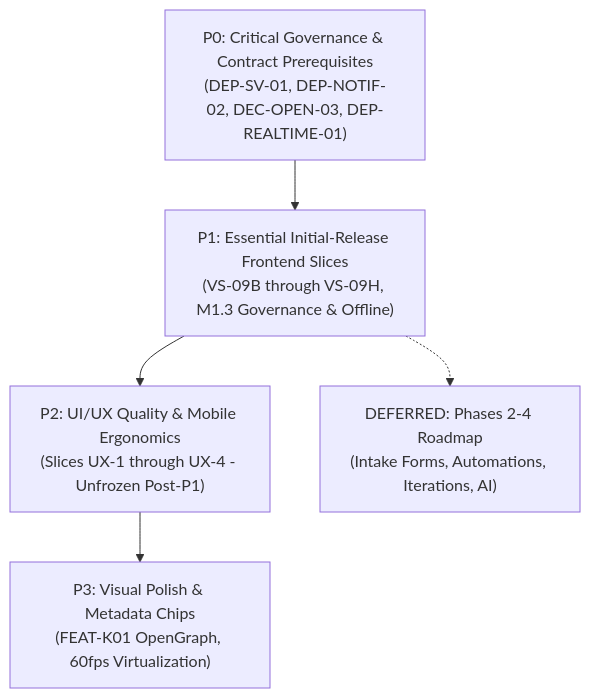
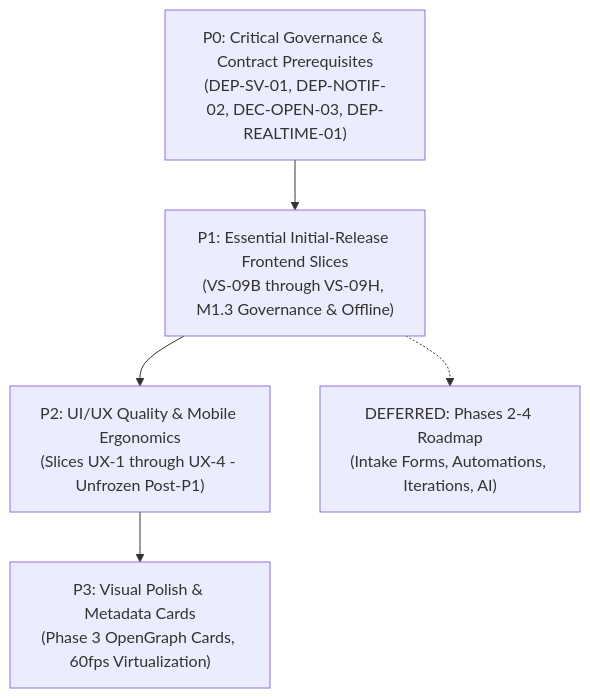
Before and after one commit to Samudra-Bose/sonder: the fifth of 5 diagrams in docs/04-implementation/sonder-overall-delivery-tracker.md, drawn with Mermaid. The commit also changed other lines of this file and 2 other files, not shown here.

First line of the commit message:
docs(governance): reconcile OpenGraph roadmap references and backend handoff consistency (FE-VS13.2.1)

````diff
--- a/docs/04-implementation/sonder-overall-delivery-tracker.md
+++ b/docs/04-implementation/sonder-overall-delivery-tracker.md
@@ -494,11 +511,11 @@
 ```mermaid
 flowchart TD
     P0["P0: Critical Governance & Contract Prerequisites<br/>(DEP-SV-01, DEP-NOTIF-02, DEC-OPEN-03, DEP-REALTIME-01)"]
     P1["P1: Essential Initial-Release Frontend Slices<br/>(VS-09B through VS-09H, M1.3 Governance & Offline)"]
     P2["P2: UI/UX Quality & Mobile Ergonomics<br/>(Slices UX-1 through UX-4 - Unfrozen Post-P1)"]
-    P3["P3: Visual Polish & Metadata Chips<br/>(FEAT-K01 OpenGraph, 60fps Virtualization)"]
+    P3["P3: Visual Polish & Metadata Cards<br/>(Phase 3 OpenGraph Cards, 60fps Virtualization)"]
     Deferred["DEFERRED: Phases 2-4 Roadmap<br/>(Intake Forms, Automations, Iterations, AI)"]
 
     P0 --> P1 --> P2 --> P3
     P1 -.-> Deferred
 ```
````
